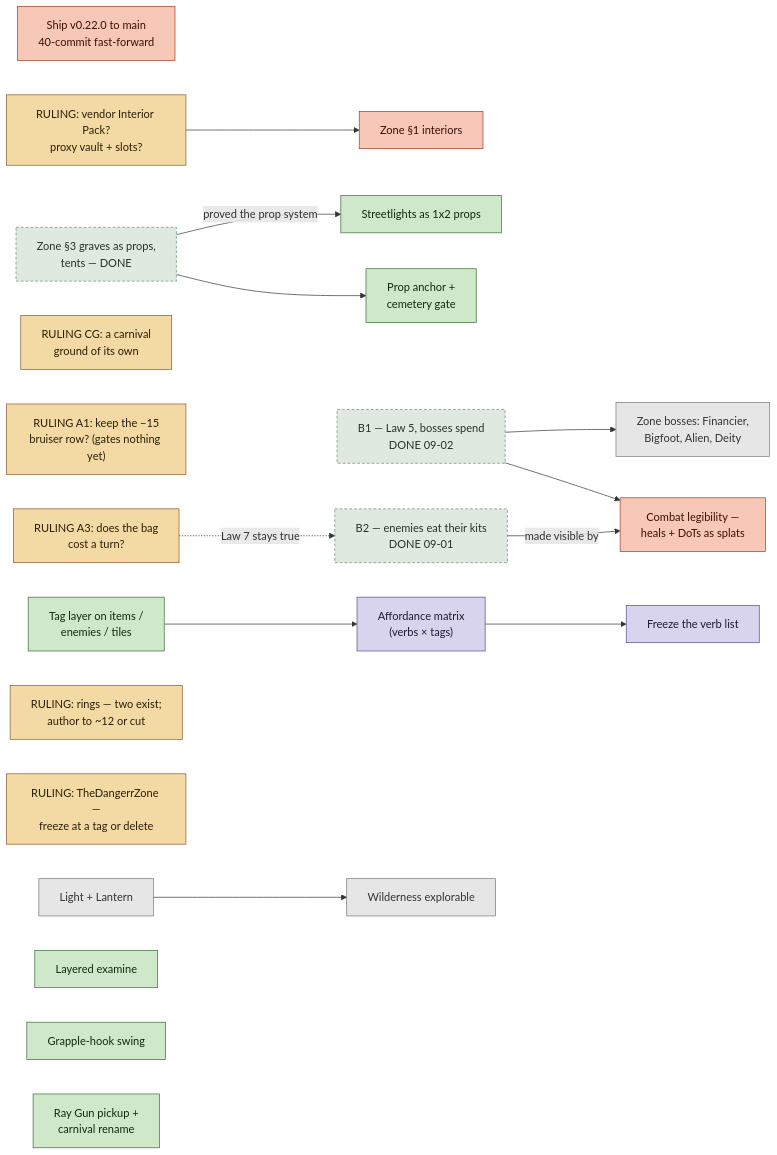
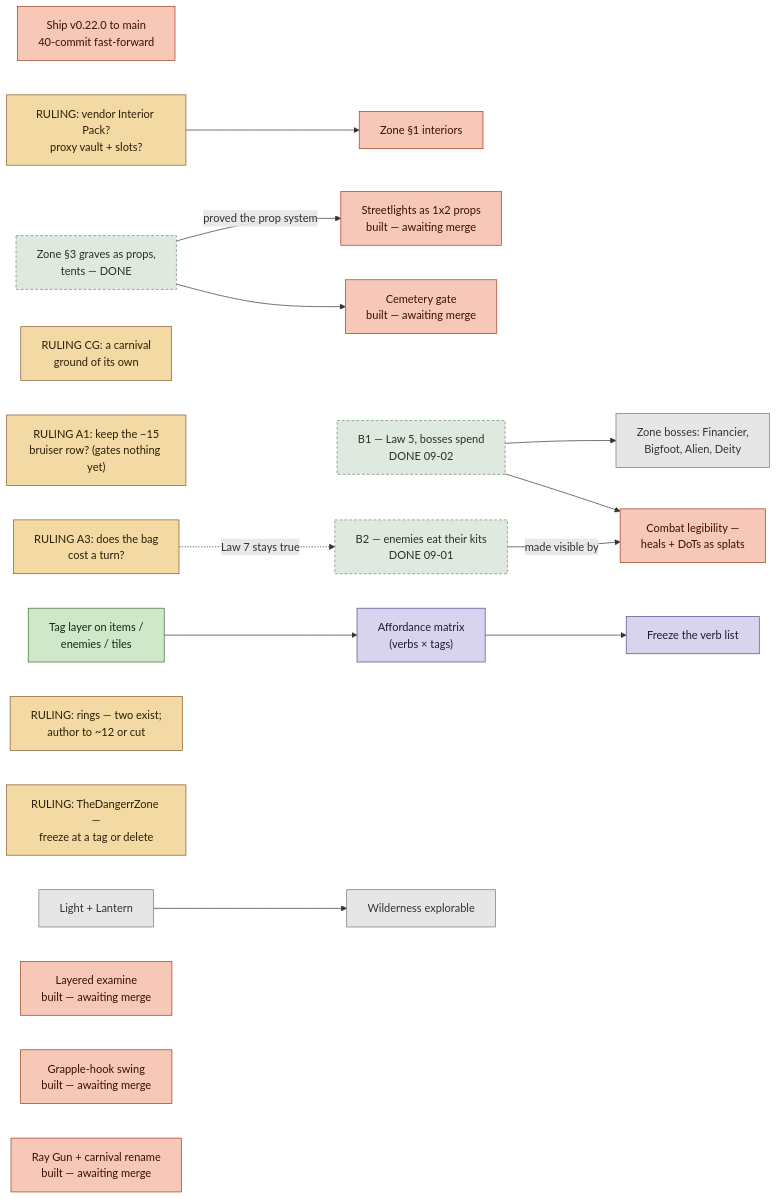
Before and after one commit to RussellDangerr/violencetown: the diagram in plans/roadmap-2026-09.md, drawn with Mermaid. The commit also changed other lines of this file and 2 other files, not shown here.

First line of the commit message:
plan: five builds await merge on feature/ready-builds, and what they turned up

````diff
--- a/plans/roadmap-2026-09.md
+++ b/plans/roadmap-2026-09.md
@@ -35,46 +35,46 @@
 ```mermaid
 flowchart LR
     classDef ruling fill:#f3d9a4,stroke:#8a5a2c,color:#2a1f06
     classDef ready fill:#cfe8c9,stroke:#3a6b35,color:#0f2a0d
     classDef design fill:#d9d4ee,stroke:#5a4a8a,color:#1f1a33
     classDef later fill:#e6e6e6,stroke:#777,color:#333
     classDef now fill:#f7c8b8,stroke:#a33a1e,color:#3a0f05
     classDef done fill:#dfe9e0,stroke:#6a8a6e,color:#243326,stroke-dasharray:4 3
 
     SHIP["Ship v0.22.0 to main<br/>40-commit fast-forward"]:::now
     GY["Zone §3 graves as props,<br/>tents — DONE"]:::done
     INT["Zone §1 interiors"]:::now
     R_INT["RULING: vendor Interior Pack?<br/>proxy vault + slots?"]:::ruling
     R_INT --> INT
-    GY -->|"proved the prop system"| LAMP["Streetlights as 1x2 props"]:::ready
-    GY --> GATE["Prop anchor +<br/>cemetery gate"]:::ready
+    GY -->|"proved the prop system"| LAMP["Streetlights as 1x2 props<br/>built — awaiting merge"]:::now
+    GY --> GATE["Cemetery gate<br/>built — awaiting merge"]:::now
     CG["RULING CG: a carnival<br/>ground of its own"]:::ruling
 
     BOSS["B1 — Law 5, bosses spend<br/>DONE 09-02"]:::done
     B2["B2 — enemies eat their kits<br/>DONE 09-01"]:::done
     LEG["Combat legibility —<br/>heals + DoTs as splats"]:::now
     ZBOSS["Zone bosses: Financier,<br/>Bigfoot, Alien, Deity"]:::later
     BOSS --> ZBOSS
     B2 -->|"made visible by"| LEG
     BOSS --> LEG
 
     A1["RULING A1: keep the −15<br/>bruiser row? (gates nothing yet)"]:::ruling
     A3["RULING A3: does the bag<br/>cost a turn?"]:::ruling
     A3 -.->|"Law 7 stays true"| B2
 
     TAG["Tag layer on items /<br/>enemies / tiles"]:::ready
     MATRIX["Affordance matrix<br/>(verbs × tags)"]:::design
     FREEZE["Freeze the verb list"]:::design
     TAG --> MATRIX --> FREEZE
 
     RINGS["RULING: rings — two exist;<br/>author to ~12 or cut"]:::ruling
     DZ["RULING: TheDangerrZone —<br/>freeze at a tag or delete"]:::ruling
 
     LANT["Light + Lantern"]:::later
     WILD["Wilderness explorable"]:::later
     LANT --> WILD
 
-    EX["Layered examine"]:::ready
-    GRAP["Grapple-hook swing"]:::ready
-    RAY["Ray Gun pickup +<br/>carnival rename"]:::ready
+    EX["Layered examine<br/>built — awaiting merge"]:::now
+    GRAP["Grapple-hook swing<br/>built — awaiting merge"]:::now
+    RAY["Ray Gun + carnival rename<br/>built — awaiting merge"]:::now
 ```
````
